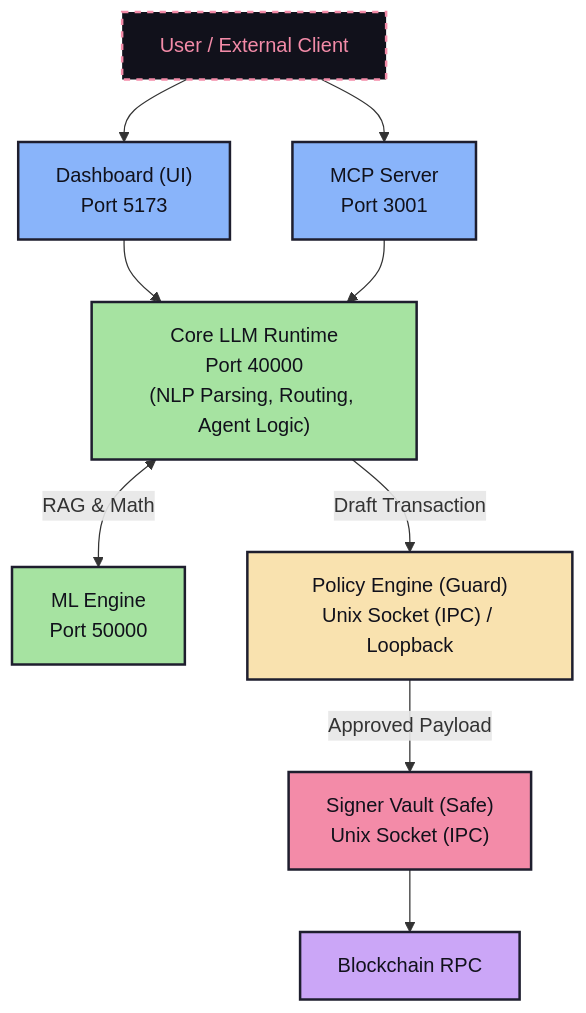
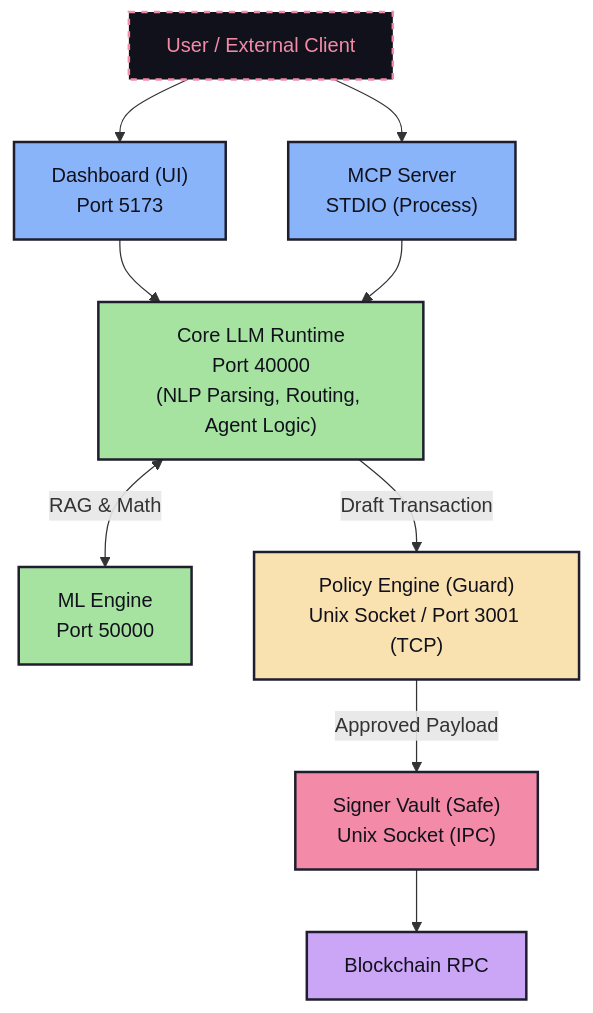
Before and after one commit to nyxoraAI/Nyxora: the diagram in docs/docs.md, drawn with Mermaid. The commit also changed 33 other files, not shown here.

````diff
--- a/docs/docs.md
+++ b/docs/docs.md
@@ -51,34 +51,34 @@
 ```mermaid
 graph TD
     classDef default fill:#1E1E2E,stroke:#4C4F69,stroke-width:2px,color:#CDD6F4;
     classDef external fill:#11111B,stroke:#F38BA8,stroke-width:2px,color:#F38BA8,stroke-dasharray: 5 5;
     classDef ui fill:#89B4FA,stroke:#1E1E2E,stroke-width:2px,color:#11111B;
     classDef core fill:#A6E3A1,stroke:#1E1E2E,stroke-width:2px,color:#11111B;
     classDef policy fill:#F9E2AF,stroke:#1E1E2E,stroke-width:2px,color:#11111B;
     classDef signer fill:#F38BA8,stroke:#1E1E2E,stroke-width:2px,color:#11111B;
     classDef blockchain fill:#CBA6F7,stroke:#1E1E2E,stroke-width:2px,color:#11111B;
 
     User["User / External Client"]:::external
 
     Dashboard["Dashboard (UI)<br/>Port 5173"]:::ui
-    MCP["MCP Server<br/>Port 3001"]:::ui
+    MCP["MCP Server<br/>STDIO (Process)"]:::ui
 
     Core["Core LLM Runtime<br/>Port 40000<br/>(NLP Parsing, Routing, Agent Logic)"]:::core
 
     ML["ML Engine<br/>Port 50000"]:::core
-    Policy["Policy Engine (Guard)<br/>Unix Socket (IPC) / Loopback"]:::policy
+    Policy["Policy Engine (Guard)<br/>Unix Socket / Port 3001 (TCP)"]:::policy
     Signer["Signer Vault (Safe)<br/>Unix Socket (IPC)"]:::signer
 
     RPC["Blockchain RPC"]:::blockchain
 
     User --> Dashboard
     User --> MCP
 
     Dashboard --> Core
     MCP --> Core
 
     Core <-->|" RAG & Math "| ML
     Core -->|" Draft Transaction "| Policy
     Policy -->|" Approved Payload "| Signer
     Signer --> RPC
 ```
````
